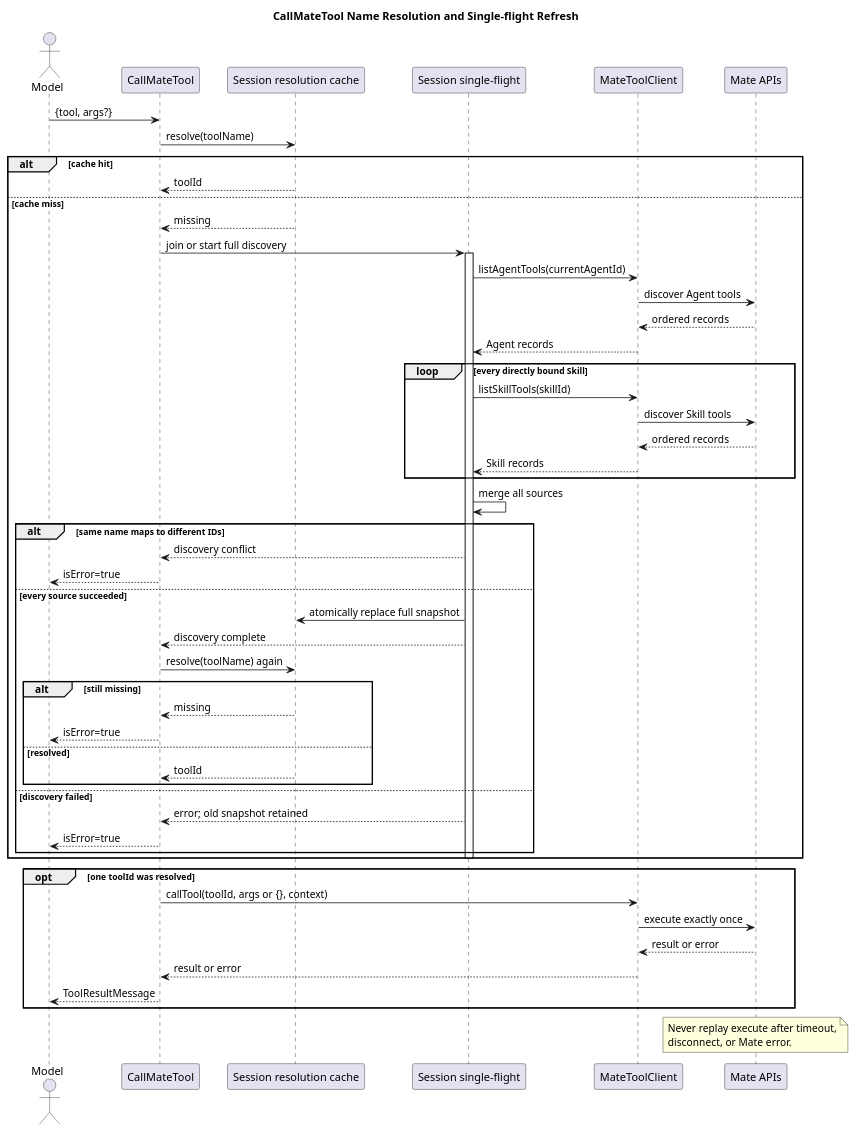
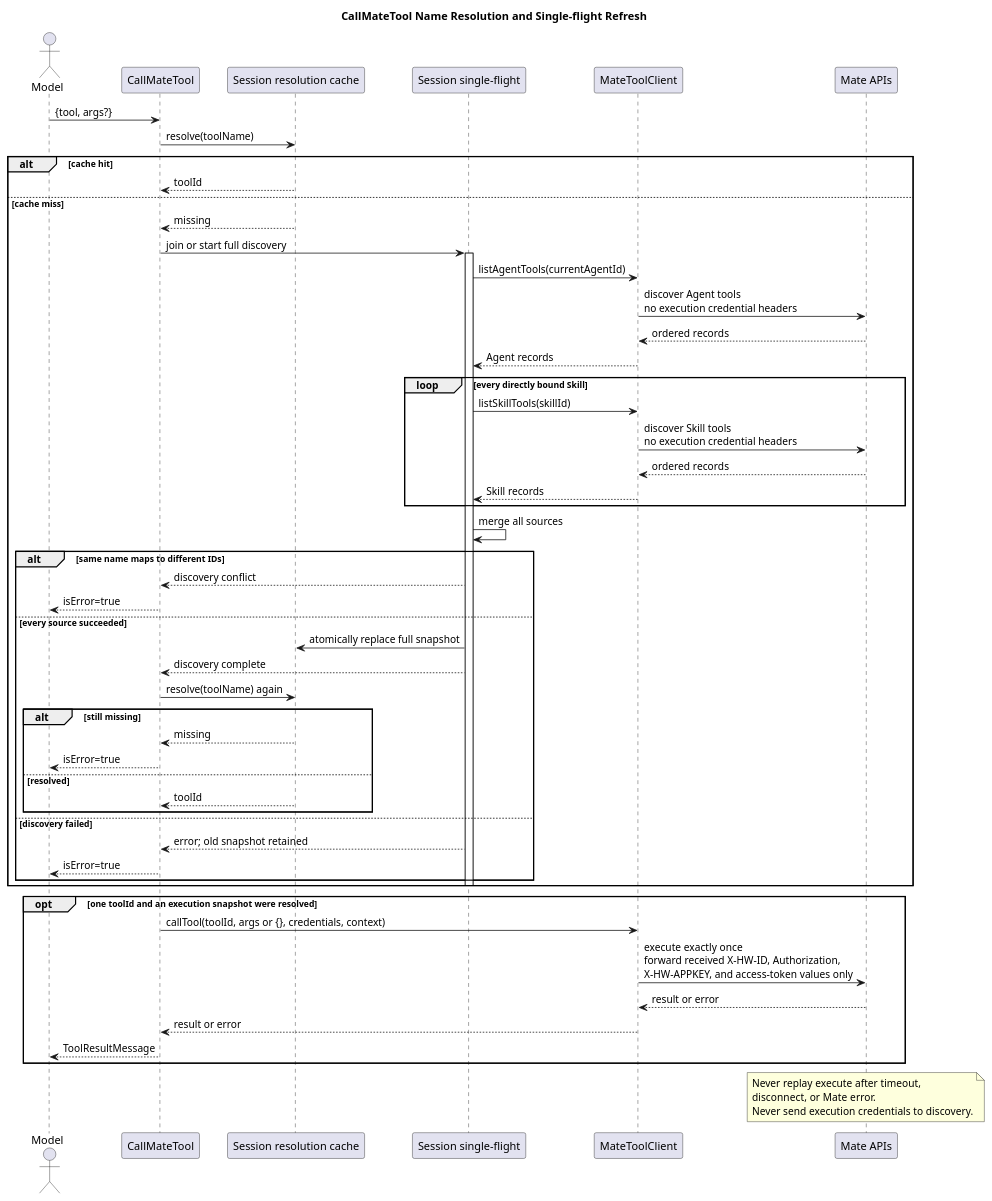
Before and after one commit to ssm0808/pi-mono-java-design: the fifth of 11 diagrams in 01-总体架构/02-CampusClaw工具系统/diagram.puml, drawn with PlantUML. The commit also changed other lines of this file and 19 other files, not shown here.

```diff
--- a/01-总体架构/02-CampusClaw工具系统/diagram.puml
+++ b/01-总体架构/02-CampusClaw工具系统/diagram.puml
@@ -289,72 +290,76 @@
 @startuml call_mate_tool_sequence
 title CallMateTool Name Resolution and Single-flight Refresh
 skinparam shadowing false
 
-' Source evidence (CampusClaw d649866):
-' modules/coding-agent-cli/src/main/java/com/campusclaw/codingagent/tool/mate/CallMateTool.java: execute
-' modules/coding-agent-cli/src/main/java/com/campusclaw/codingagent/tool/mate/MateToolSessionCache.java
-' modules/coding-agent-cli/src/main/java/com/campusclaw/codingagent/common/client/HttpMateToolClient.java: invokeTool
-' Observed behavior: current Call fails when a prior List did not populate the
-' name-to-ID cache.
-' Design reason: a cache miss is resolved inside Call. Discovery may retry, but
-' the actual Mate execution is sent at most once to avoid duplicated effects.
+' Source evidence (pi-mono-java 320d790726a70aada6100052952d5494d2a378ac):
+' modules/coding-agent-cli/src/main/java/com/campusclaw/codingagent/tool/mate/CallMateTool.java: execute.
+' modules/coding-agent-cli/src/main/java/com/campusclaw/codingagent/tool/mate/MateToolSessionCache.java.
+' modules/coding-agent-cli/src/main/java/com/campusclaw/codingagent/common/client/HttpMateToolClient.java:
+' invokeTool and toHeaderInfo.
+' modules/coding-agent-cli/src/main/java/com/campusclaw/codingagent/runtimeapi/web/
+' RuntimeEventController.java: submit; RuntimeRequestContext.java: mateCredentials.
+' Observed behavior: discovery and execute receive three credentials; access-token is not captured.
+' Architecture change: a cache miss is resolved inside Call without any execution credentials.
+' Security hardening: only one Mate execute request receives the POST Events execution snapshot.
+' Design reason: discovery may retry, but execute and its credential exposure occur at most once.
 
 actor Model
 participant "CallMateTool" as Call
 participant "Session resolution cache" as Cache
 participant "Session single-flight" as Flight
 participant "MateToolClient" as Client
 participant "Mate APIs" as Mate
 
 Model -> Call : {tool, args?}
 Call -> Cache : resolve(toolName)
 alt cache hit
   Cache --> Call : toolId
 else cache miss
   Cache --> Call : missing
   Call -> Flight : join or start full discovery
   activate Flight
   Flight -> Client : listAgentTools(currentAgentId)
-  Client -> Mate : discover Agent tools
+  Client -> Mate : discover Agent tools\nno execution credential headers
   Mate --> Client : ordered records
   Client --> Flight : Agent records
   loop every directly bound Skill
     Flight -> Client : listSkillTools(skillId)
-    Client -> Mate : discover Skill tools
+    Client -> Mate : discover Skill tools\nno execution credential headers
     Mate --> Client : ordered records
     Client --> Flight : Skill records
   end
   Flight -> Flight : merge all sources
   alt same name maps to different IDs
     Flight --> Call : discovery conflict
     Call --> Model : isError=true
   else every source succeeded
     Flight -> Cache : atomically replace full snapshot
     Flight --> Call : discovery complete
     Call -> Cache : resolve(toolName) again
     alt still missing
       Cache --> Call : missing
       Call --> Model : isError=true
     else resolved
       Cache --> Call : toolId
     end
   else discovery failed
     Flight --> Call : error; old snapshot retained
     Call --> Model : isError=true
   end
   deactivate Flight
 end
 
-opt one toolId was resolved
-  Call -> Client : callTool(toolId, args or {}, context)
-  Client -> Mate : execute exactly once
+opt one toolId and an execution snapshot were resolved
+  Call -> Client : callTool(toolId, args or {}, credentials, context)
+  Client -> Mate : execute exactly once\nforward received X-HW-ID, Authorization,\nX-HW-APPKEY, and access-token values only
   Mate --> Client : result or error
   Client --> Call : result or error
   Call --> Model : ToolResultMessage
 end
 
 note over Mate
 Never replay execute after timeout,
 disconnect, or Mate error.
+Never send execution credentials to discovery.
 end note
 @enduml
```
